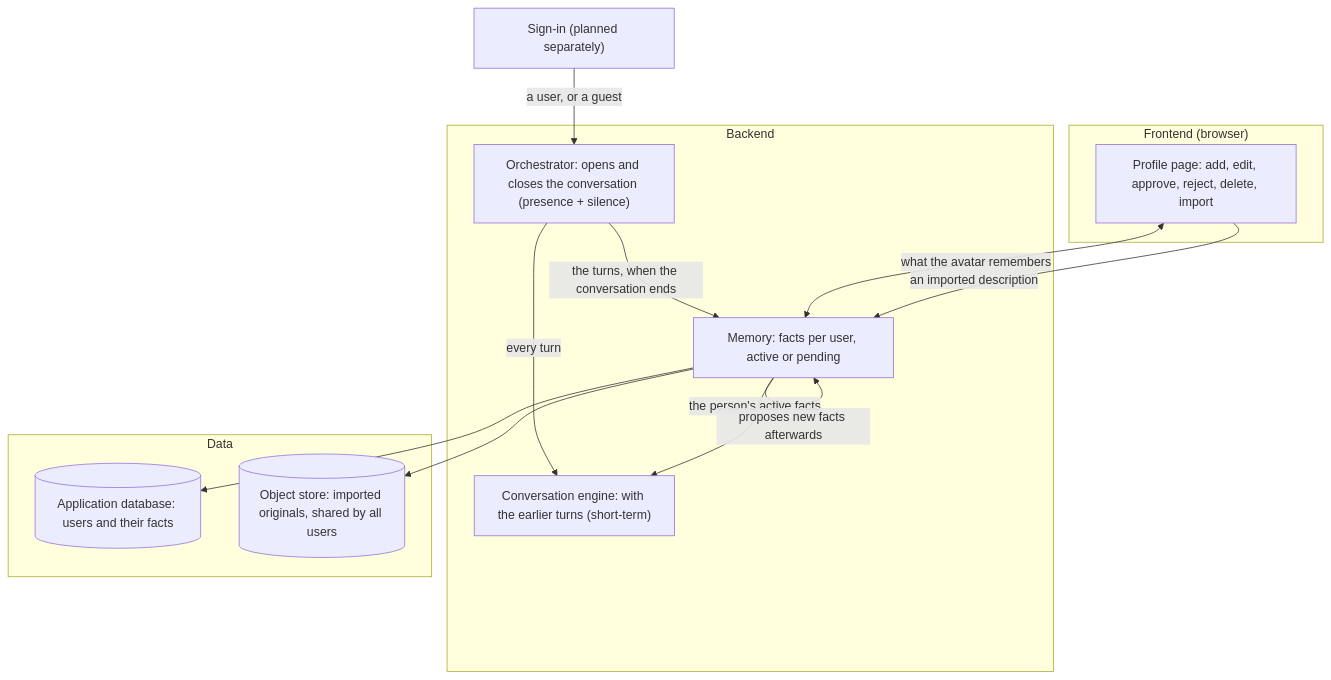
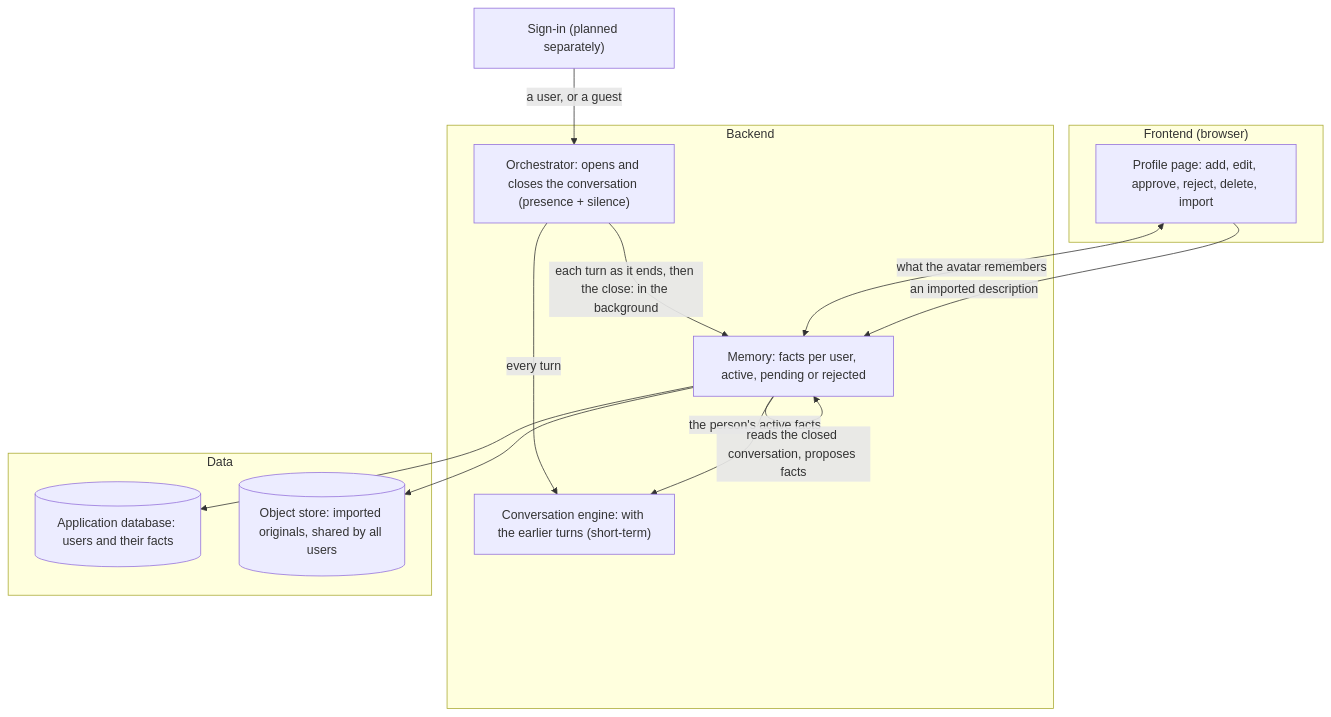
One commit to Learnheart/Avatar_AI changed the fourth of 9 diagrams in docs/ARCHITECTURE.md. Above: the diagram before and after it, drawn with Mermaid. The commit also changed other lines of this file and 7 other files, not shown here.

````diff
--- a/docs/ARCHITECTURE.md
+++ b/docs/ARCHITECTURE.md
@@ -298,28 +300,28 @@
 ```mermaid
 flowchart TB
     signin["Sign-in (planned separately)"] -->|"a user, or a guest"| orch
 
     subgraph FE["Frontend (browser)"]
         profile["Profile page: add, edit, approve, reject, delete, import"]
     end
 
     subgraph BE["Backend"]
         orch["Orchestrator: opens and closes the conversation (presence + silence)"]
         engine["Conversation engine: with the earlier turns (short-term)"]
-        memory["Memory: facts per user, active or pending"]
+        memory["Memory: facts per user, active, pending or rejected"]
     end
 
     subgraph DATA["Data"]
         appdb[("Application database: users and their facts")]
         objects[("Object store: imported originals, shared by all users")]
     end
 
     orch -->|"every turn"| engine
     memory -->|"the person's active facts"| engine
-    orch -->|"the turns, when the conversation ends"| memory
-    memory -->|"proposes new facts afterwards"| memory
+    orch -->|"each turn as it ends, then the close: in the background"| memory
+    memory -->|"reads the closed conversation, proposes facts"| memory
     profile <-->|"what the avatar remembers"| memory
     profile -->|"an imported description"| memory
     memory --> appdb
     memory --> objects
 ```
````
